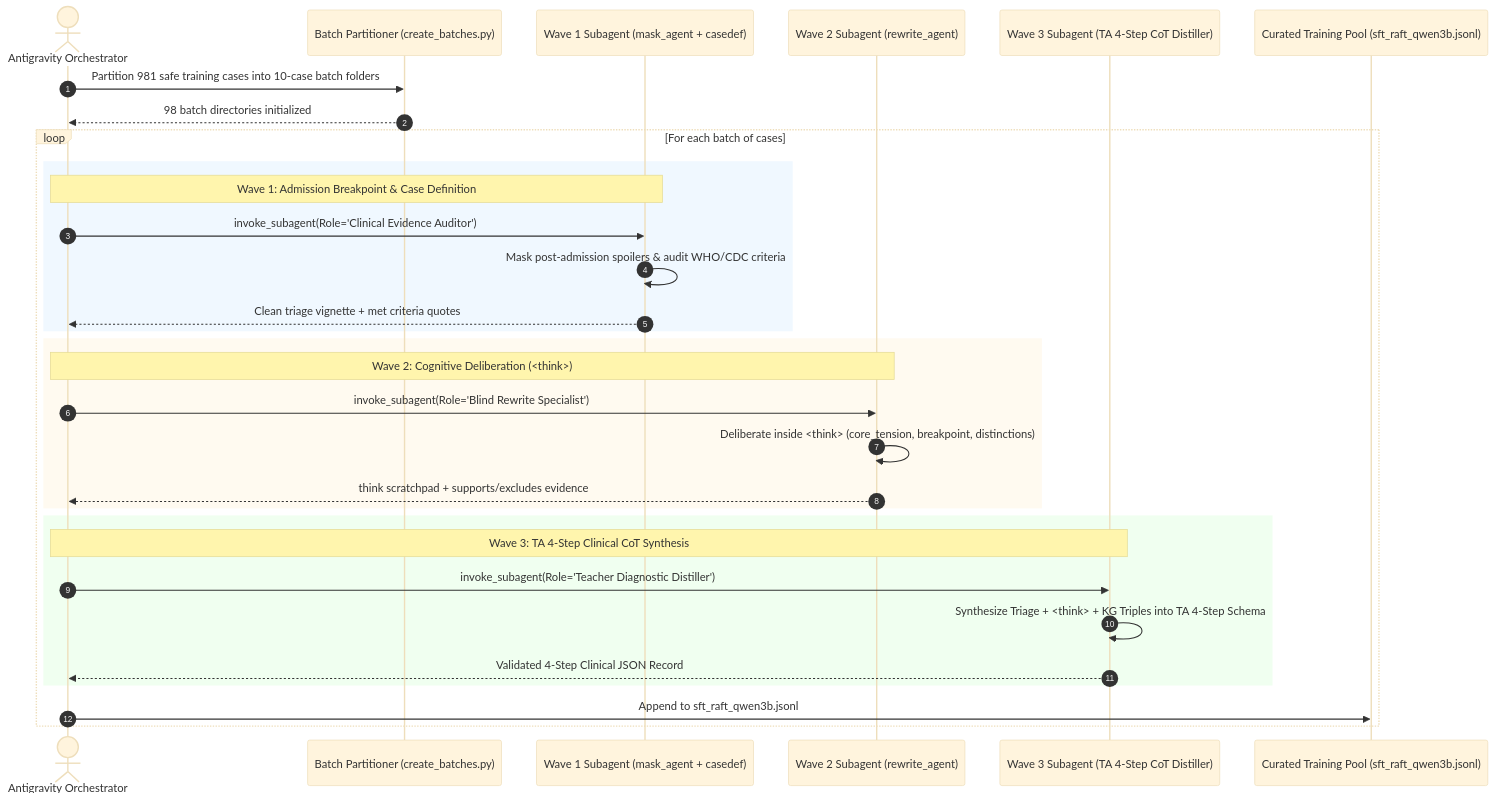
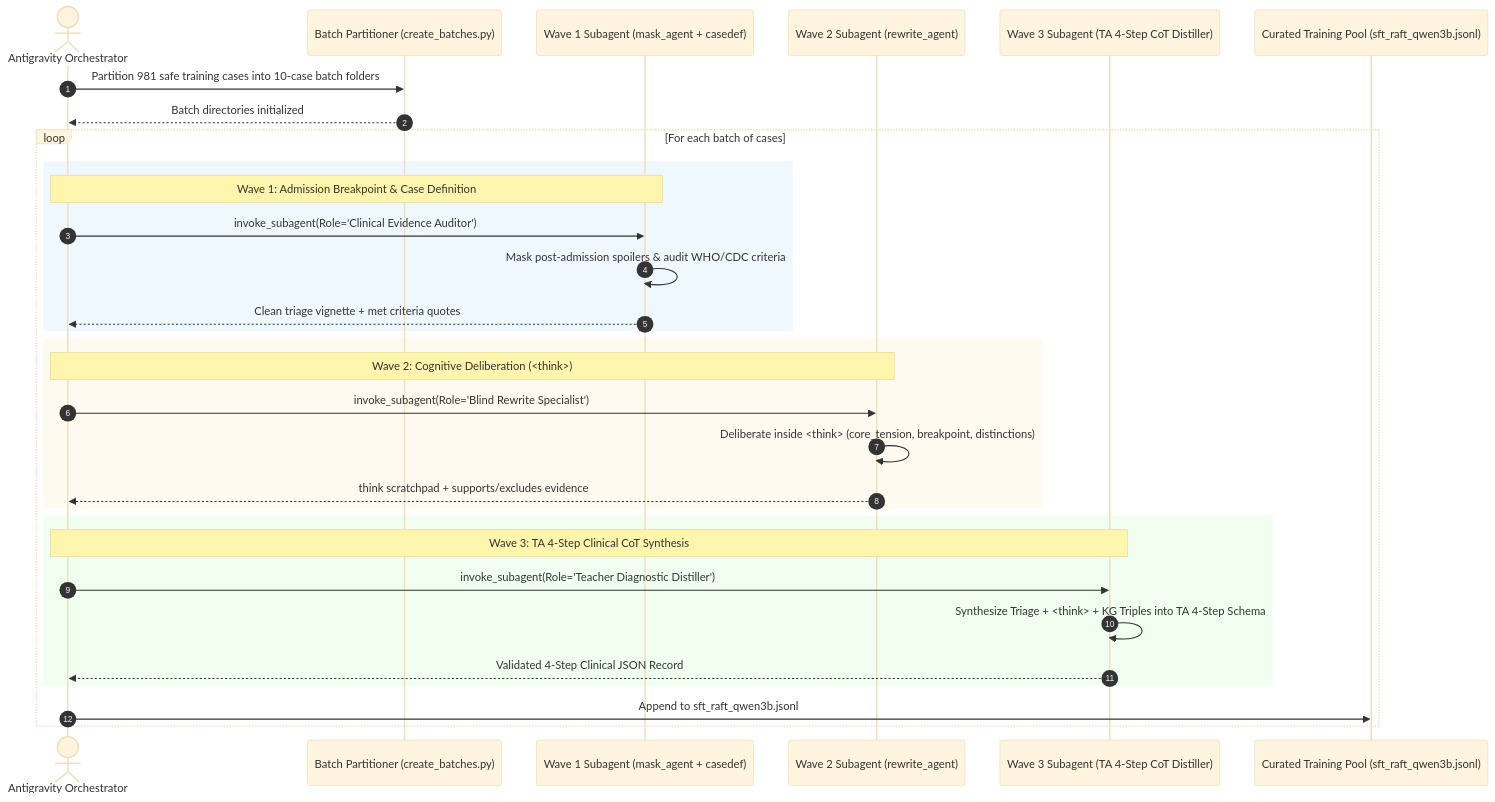
One commit to KhoaLeQuangMinh/Small-Multimodal-Models-for-Clinical-Diagnosis changed the third of 3 diagrams in docs/FINETUNING_PLAN.md. Above: the diagram before and after it, drawn with Mermaid (base theme). The commit also changed other lines of this file, not shown here.

````diff
--- a/docs/FINETUNING_PLAN.md
+++ b/docs/FINETUNING_PLAN.md
@@ -172,38 +212,38 @@
 ```mermaid
 sequenceDiagram
     autonumber
     actor Orchestrator as Antigravity Orchestrator
     participant Batch as Batch Partitioner (create_batches.py)
     participant W1 as Wave 1 Subagent (mask_agent + casedef)
     participant W2 as Wave 2 Subagent (rewrite_agent)
     participant W3 as Wave 3 Subagent (TA 4-Step CoT Distiller)
     participant DB as Curated Training Pool (sft_raft_qwen3b.jsonl)
 
     Orchestrator->>Batch: Partition 981 safe training cases into 10-case batch folders
-    Batch-->>Orchestrator: 98 batch directories initialized
+    Batch-->>Orchestrator: Batch directories initialized
 
     loop For each batch of cases
         rect rgb(240, 248, 255)
             Note over Orchestrator,W1: Wave 1: Admission Breakpoint & Case Definition
             Orchestrator->>W1: invoke_subagent(Role='Clinical Evidence Auditor')
             W1->>W1: Mask post-admission spoilers & audit WHO/CDC criteria
             W1-->>Orchestrator: Clean triage vignette + met criteria quotes
         end
 
         rect rgb(255, 250, 240)
             Note over Orchestrator,W2: Wave 2: Cognitive Deliberation (<think>)
             Orchestrator->>W2: invoke_subagent(Role='Blind Rewrite Specialist')
             W2->>W2: Deliberate inside <think> (core_tension, breakpoint, distinctions)
             W2-->>Orchestrator: think scratchpad + supports/excludes evidence
         end
 
         rect rgb(240, 255, 240)
             Note over Orchestrator,W3: Wave 3: TA 4-Step Clinical CoT Synthesis
             Orchestrator->>W3: invoke_subagent(Role='Teacher Diagnostic Distiller')
             W3->>W3: Synthesize Triage + <think> + KG Triples into TA 4-Step Schema
             W3-->>Orchestrator: Validated 4-Step Clinical JSON Record
         end
 
         Orchestrator->>DB: Append to sft_raft_qwen3b.jsonl
     end
 ```
````
